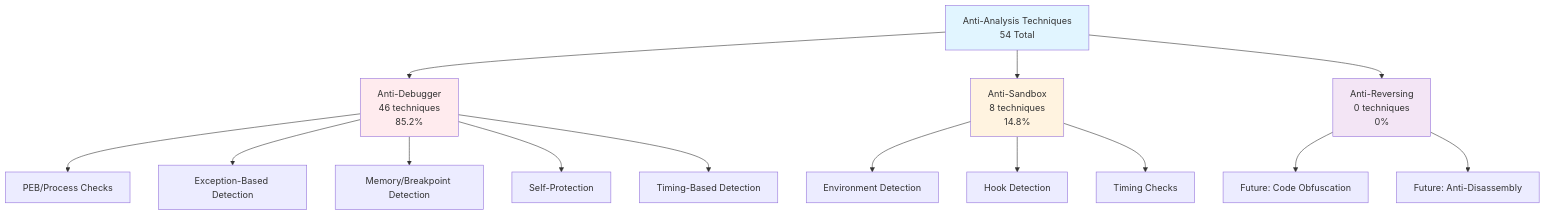
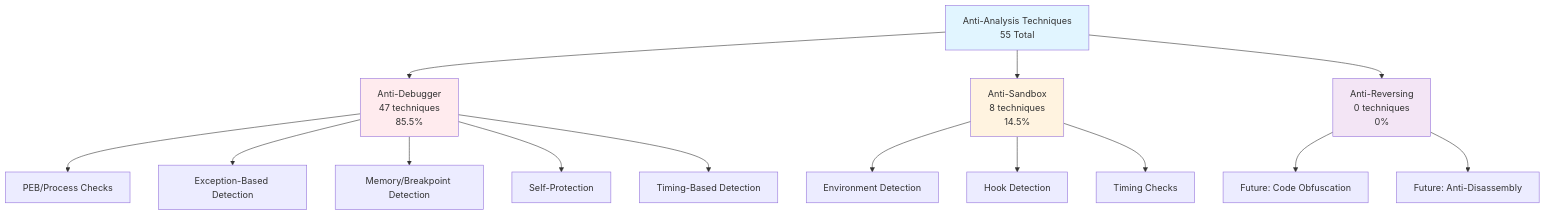
One commit to mabj/anti changed the first of 8 diagrams in docs/diagrams/taxonomy.md. Above: the diagram before and after it, drawn with Mermaid. The commit also changed other lines of this file and 8 other files, not shown here.

````diff
--- a/docs/diagrams/taxonomy.md
+++ b/docs/diagrams/taxonomy.md
@@ -7,24 +7,24 @@
 ```mermaid
 graph TB
-    A[Anti-Analysis Techniques<br/>54 Total] --> B[Anti-Debugger<br/>46 techniques<br/>85.2%]
-    A --> C[Anti-Sandbox<br/>8 techniques<br/>14.8%]
+    A[Anti-Analysis Techniques<br/>55 Total] --> B[Anti-Debugger<br/>47 techniques<br/>85.5%]
+    A --> C[Anti-Sandbox<br/>8 techniques<br/>14.5%]
     A --> D[Anti-Reversing<br/>0 techniques<br/>0%]
 
     B --> B1[PEB/Process Checks]
     B --> B2[Exception-Based Detection]
     B --> B3[Memory/Breakpoint Detection]
     B --> B4[Self-Protection]
     B --> B5[Timing-Based Detection]
 
     C --> C1[Environment Detection]
     C --> C2[Hook Detection]
     C --> C3[Timing Checks]
 
     D --> D1[Future: Code Obfuscation]
     D --> D2[Future: Anti-Disassembly]
 
     style A fill:#e1f5ff
     style B fill:#ffebee
     style C fill:#fff3e0
     style D fill:#f3e5f5
 ```
````
